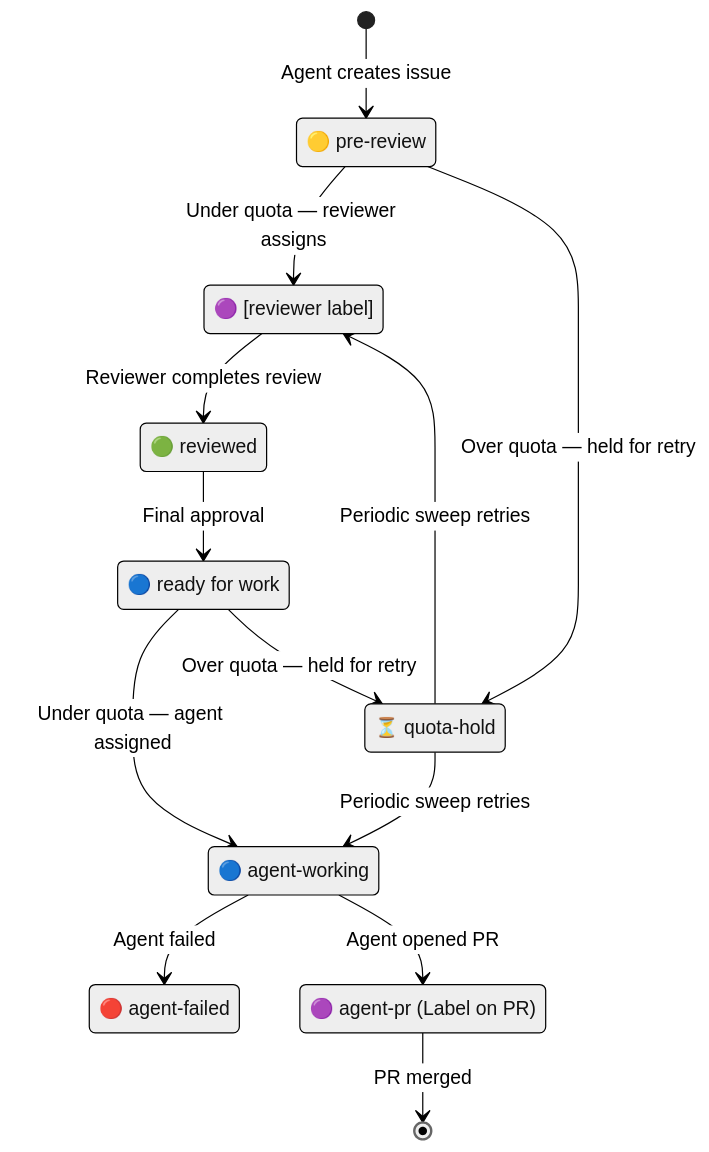
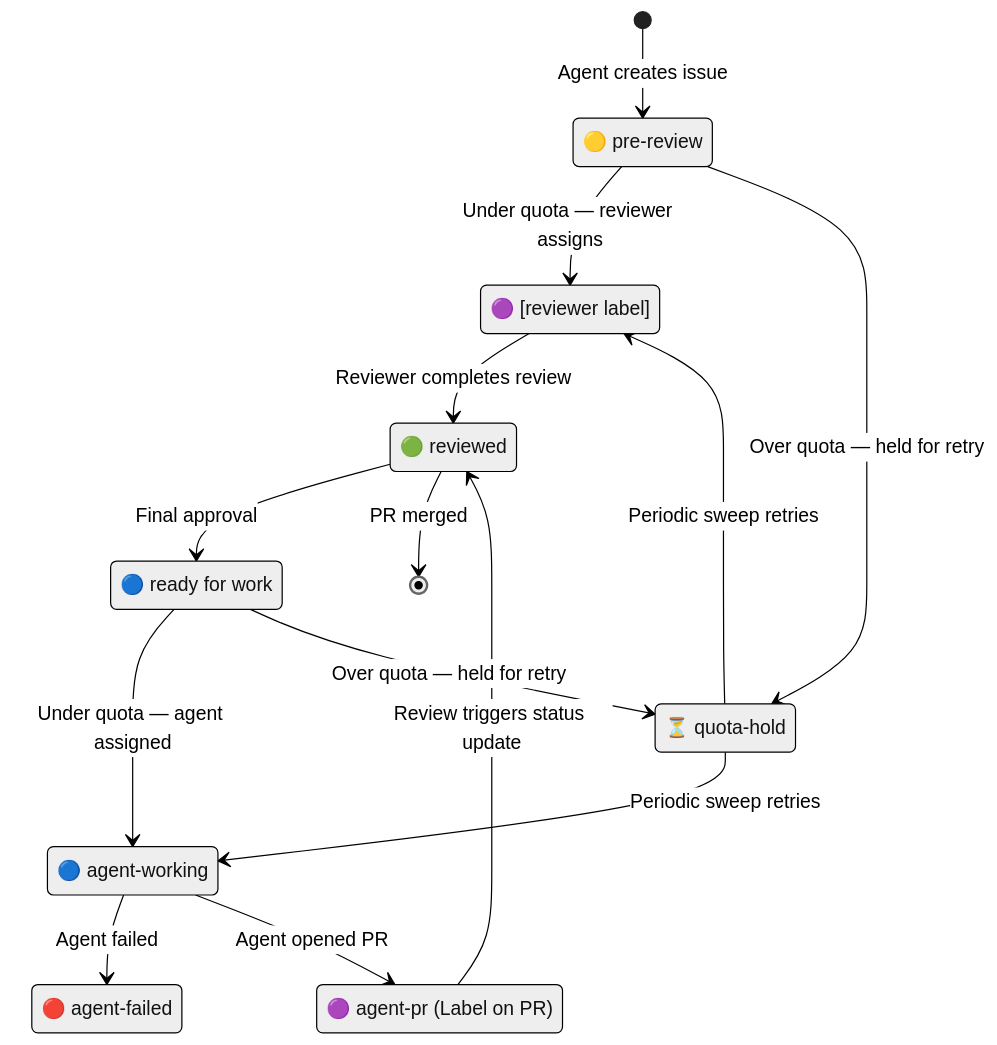
Before and after one commit to LokiMetaSmith/keystone-polyphony: the tenth of 10 diagrams in docs/ci-cd.md, drawn with Mermaid (neutral theme). The commit also changed other lines of this file and 2 other files, not shown here.

Commit message:
feat(opencode): architectural harmonization (v4) - surgical targeting, conditional keys, and recovery patterns

````diff
--- a/docs/ci-cd.md
+++ b/docs/ci-cd.md
@@ -163,24 +181,25 @@
 ```mermaid
 stateDiagram-v2
     [*] --> pre_review : Agent creates issue
     pre_review --> reviewer_assigned : Under quota — reviewer assigns
     pre_review --> quota_hold : Over quota — held for retry
     quota_hold --> reviewer_assigned : Periodic sweep retries
     reviewer_assigned --> reviewed : Reviewer completes review
     reviewed --> ready_for_work : Final approval
     ready_for_work --> agent_working : Under quota — agent assigned
     ready_for_work --> quota_hold : Over quota — held for retry
     quota_hold --> agent_working : Periodic sweep retries
     agent_working --> agent_failed : Agent failed
     agent_working --> agent_pr : Agent opened PR
-    agent_pr --> [*] : PR merged
+    agent_pr --> reviewed : Review triggers status update
+    reviewed --> [*] : PR merged
 
     pre_review : 🟡 pre-review
     quota_hold : ⏳ quota-hold
     reviewer_assigned : 🟣 [reviewer label]
     reviewed : 🟢 reviewed
     ready_for_work : 🔵 ready for work
     agent_working : 🔵 agent-working
     agent_failed : 🔴 agent-failed
     agent_pr : 🟣 agent-pr (Label on PR)
 ```
````
